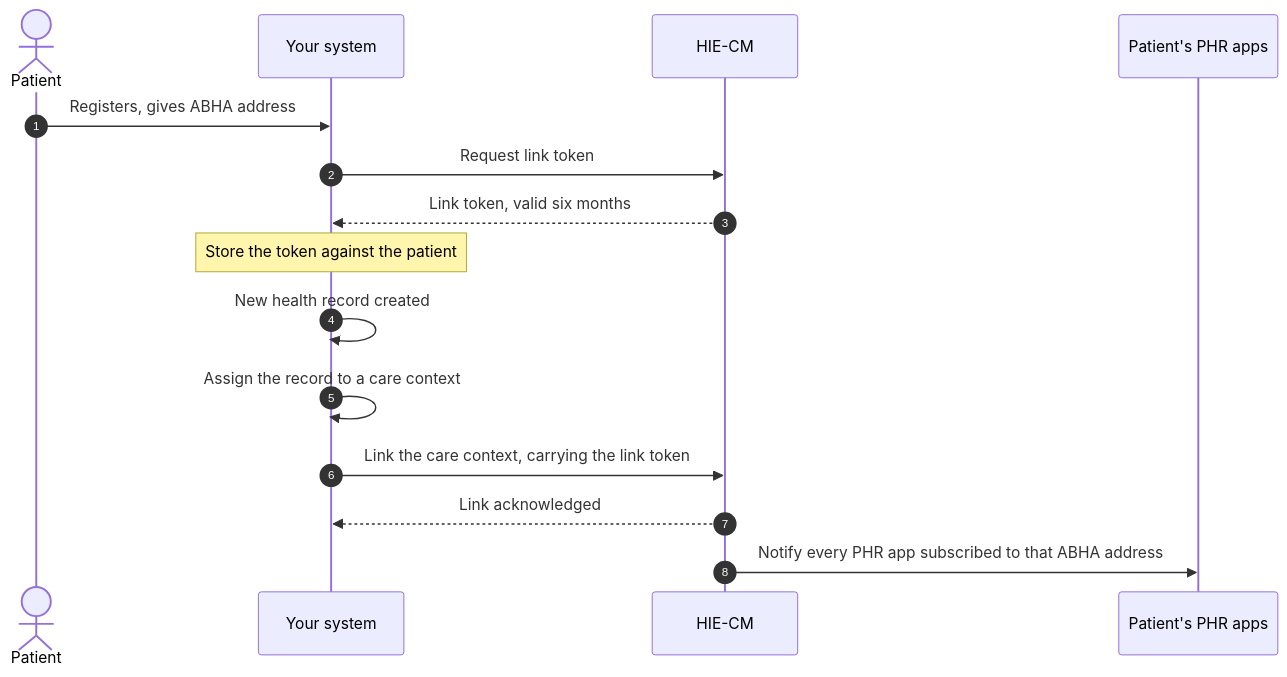
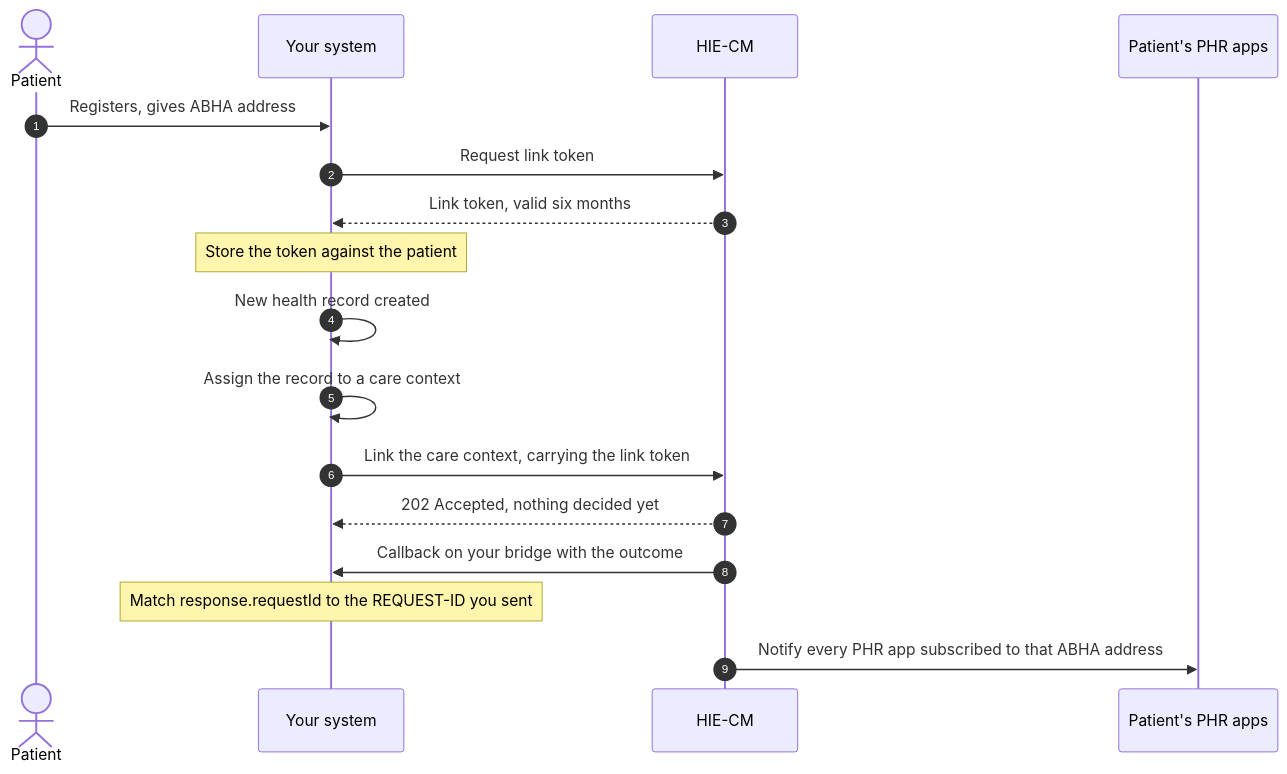
Before and after one commit to nha-in/docs: the first of 4 diagrams in site/docs/hiecm/v3/milestones/m2.mdx, drawn with Mermaid. The commit also changed other lines of this file and 7 other files, not shown here.

````diff
--- a/site/docs/hiecm/v3/milestones/m2.mdx
+++ b/site/docs/hiecm/v3/milestones/m2.mdx
@@ -128,17 +128,19 @@
 ```mermaid
 sequenceDiagram
     autonumber
     actor P as Patient
     participant S as Your system
     participant CM as HIE-CM
     participant A as Patient's PHR apps
     P->>S: Registers, gives ABHA address
     S->>CM: Request link token
     CM-->>S: Link token, valid six months
     Note over S: Store the token against the patient
     S->>S: New health record created
     S->>S: Assign the record to a care context
     S->>CM: Link the care context, carrying the link token
-    CM-->>S: Link acknowledged
+    CM-->>S: 202 Accepted, nothing decided yet
+    CM->>S: Callback on your bridge with the outcome
+    Note over S: Match response.requestId to the REQUEST-ID you sent
     CM->>A: Notify every PHR app subscribed to that ABHA address
 ```
````
